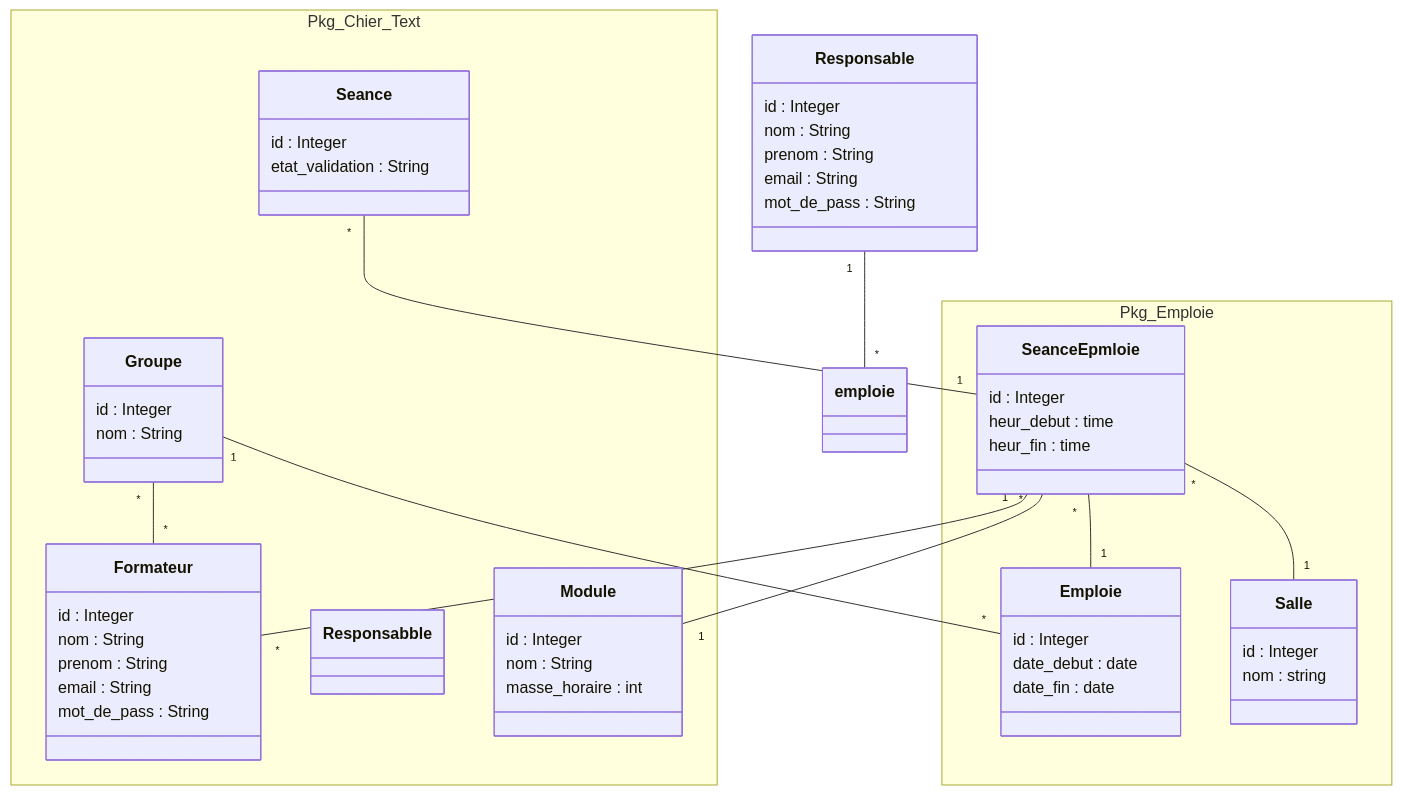
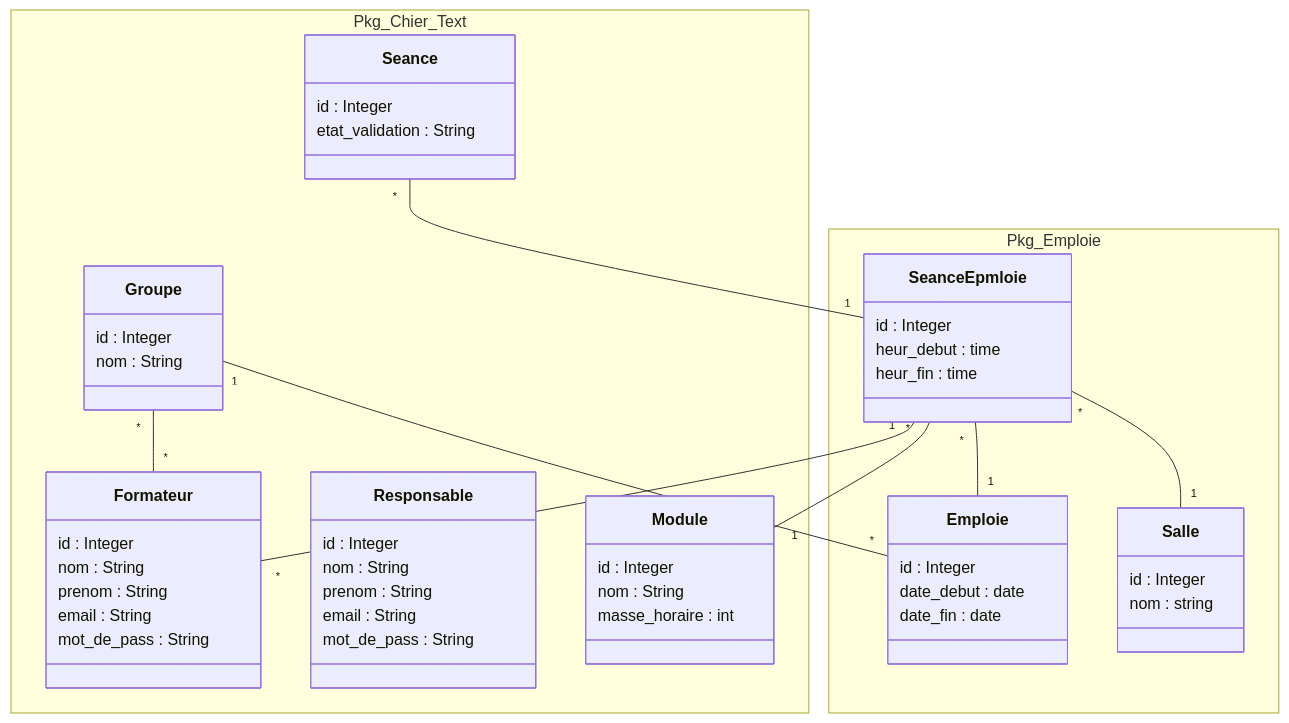
Before and after one commit to Ayoub-El-Bouzidi/soli-lms: the diagram in Conception/class_diagrame.mmd, drawn with Mermaid. The commit also changed other lines of this file and 23 other files, not shown here.

```diff
--- a/Conception/class_diagrame.mmd
+++ b/Conception/class_diagrame.mmd
@@ -1,83 +1,65 @@
+---
+config:
+  theme: default
+---
 classDiagram
-
 namespace Pkg_Emploie{
   class Emploie
   class SeanceEpmloie
   class Salle
 }
 namespace Pkg_Chier_Text{
   class Groupe
   class Formateur
-  class Responsabble
+  class Responsable
   class Module
   class Seance
 }
-
 class Groupe {
   id : Integer
   nom : String
 }
-
 class Module {
   id : Integer
   nom : String
   masse_horaire : int
-  
 }
-
-
-
 class Emploie {
   id : Integer
   date_debut : date
   date_fin : date
 }
-
-
-
 class Formateur {
   id : Integer
   nom : String
   prenom : String
   email : String
   mot_de_pass : String
 }
-
-
 class Responsable {
   id : Integer
   nom : String
   prenom : String
   email : String
   mot_de_pass : String
 }
-
-
-
 class Seance{
   id : Integer
   etat_validation : String
 }
-
 class SeanceEpmloie{
   id : Integer
   heur_debut : time
   heur_fin : time
-
 }
-
 class Salle{
  id : Integer
  nom : string
 }
-
-
-
 Seance "*" -- "1" SeanceEpmloie
 SeanceEpmloie "*" -- "1" Module
 SeanceEpmloie "1" -- "*" Formateur
 Groupe "*" -- "*" Formateur
-Responsable "1" -- "*" emploie
 SeanceEpmloie "*" -- "1" Salle
 Groupe "1" -- "*" Emploie
 SeanceEpmloie "*" -- "1" Emploie
```
